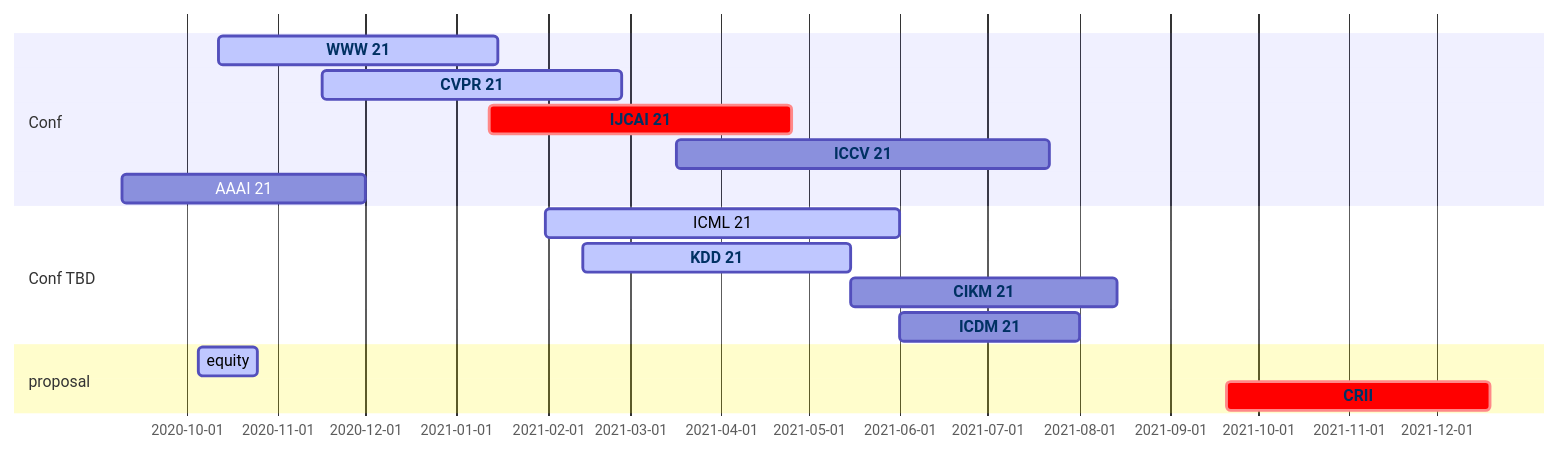
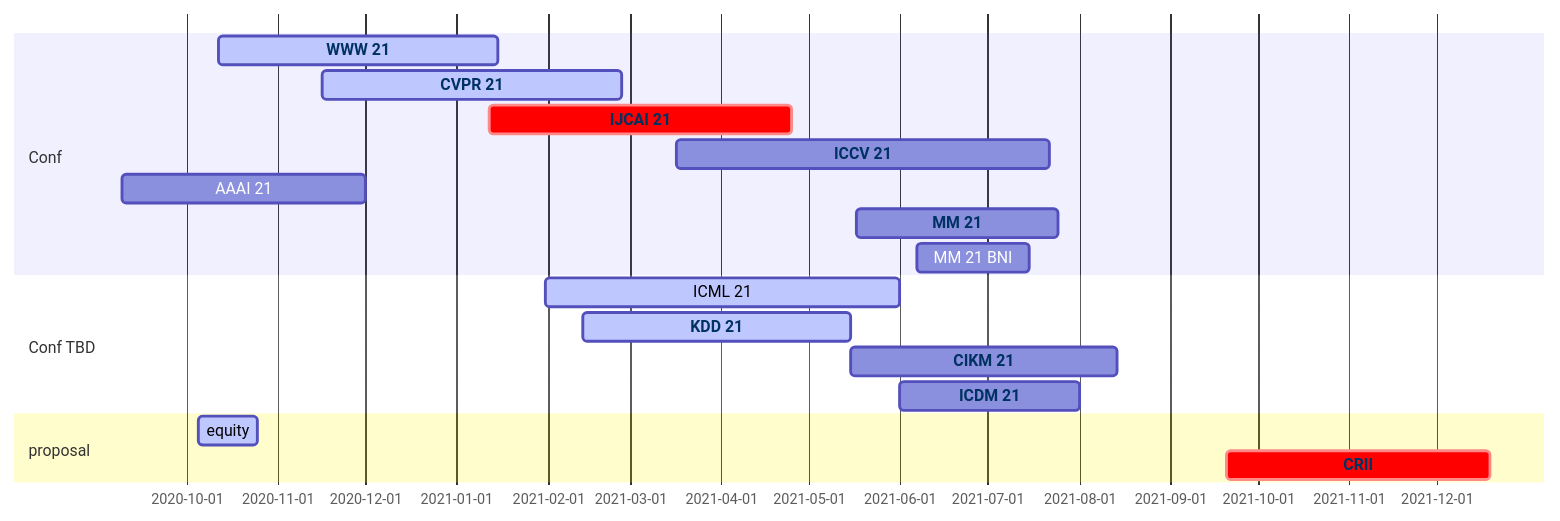
The diagram in content/post/conf/index.md (aquastar/academic-kickstart), drawn with Mermaid before and after one commit.

````diff
--- a/content/post/conf/index.md
+++ b/content/post/conf/index.md
@@ -16,28 +16,31 @@
 ```mermaid
 gantt
   dateFormat  MM/DD/YY
   section Conf
     WWW 21 :active, www, 10/12/20, 01/15/21
     CVPR 21 :active, cvpr, 11/16/20, 02/26/21
     IJCAI 21 :crit, ijcai, 01/12/21, 04/25/21
     ICCV 21 :iccv, 03/17/21, 07/22/21
     AAAI 21 :aaai, 09/09/20, 12/01/20
+    MM 21:mm, 05/17/21, 07/25/21
+    MM 21 BNI:mmbni, 06/07/21, 07/15/21
   section Conf TBD
     ICML 21:active, icml, 01/31/21, 06/01/21
     KDD 21:active, kdd, 02/13/21, 05/15/21
     CIKM 21:cikm, 05/15/21, 08/14/21
     ICDM 21:icdm, 06/01/21, 08/01/21
   section proposal
     equity: active, msu, 10/05/20, 20d
     CRII: crit, crii, 09/20/21, 90d 
 
   click cvpr href "http://cvpr2021.thecvf.com/"
   click iccv href "http://iccv2021.thecvf.com/"
   click icmk href "https://mermaidjs.github.io/"
   click ijcai href "http://www.ijcai-21.org/"
   click kdd href "http://www.kdd.org/kdd2021"
   click www href "https://www2021.thewebconf.org/"
   click cikm href "https://www.cikm2021.org/"
   click icdm href "http://icdm2021.bigke.org"
+  click mm href "https://2020.acmmm.org/index.html"
   click crii href "https://www.nsf.gov/funding/pgm_summ.jsp?pims_id=504952"
 ```
````
